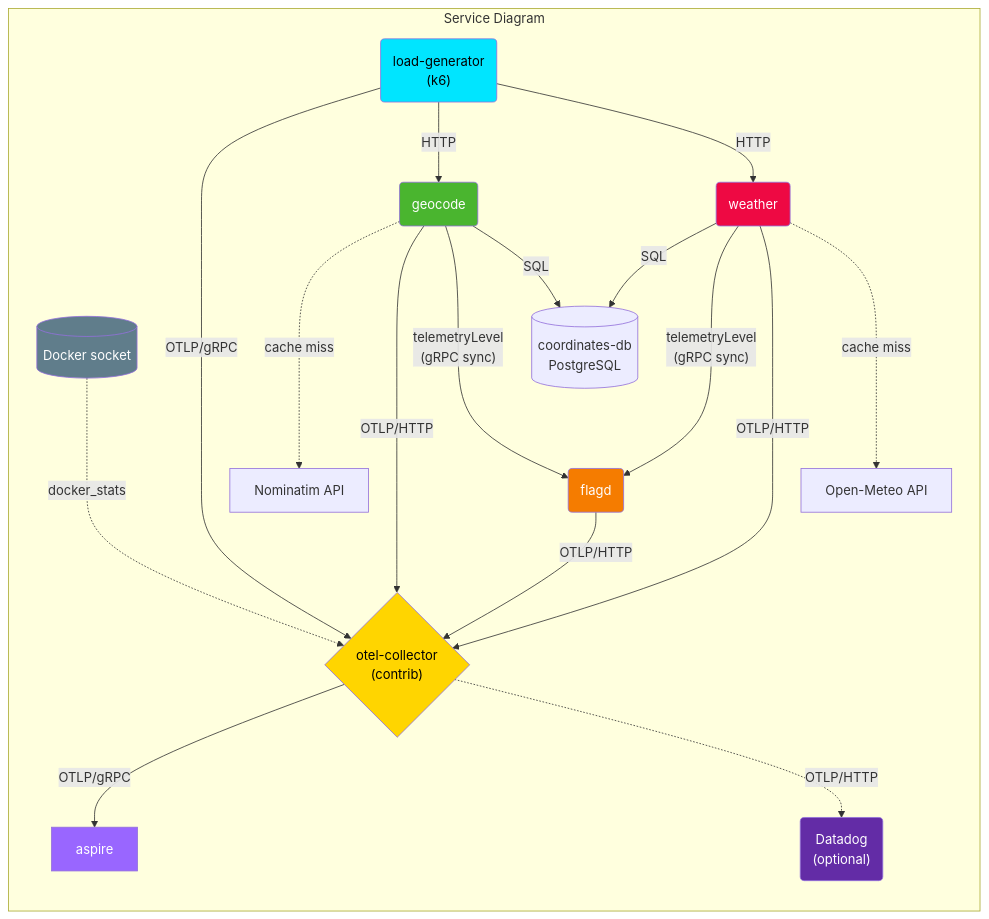
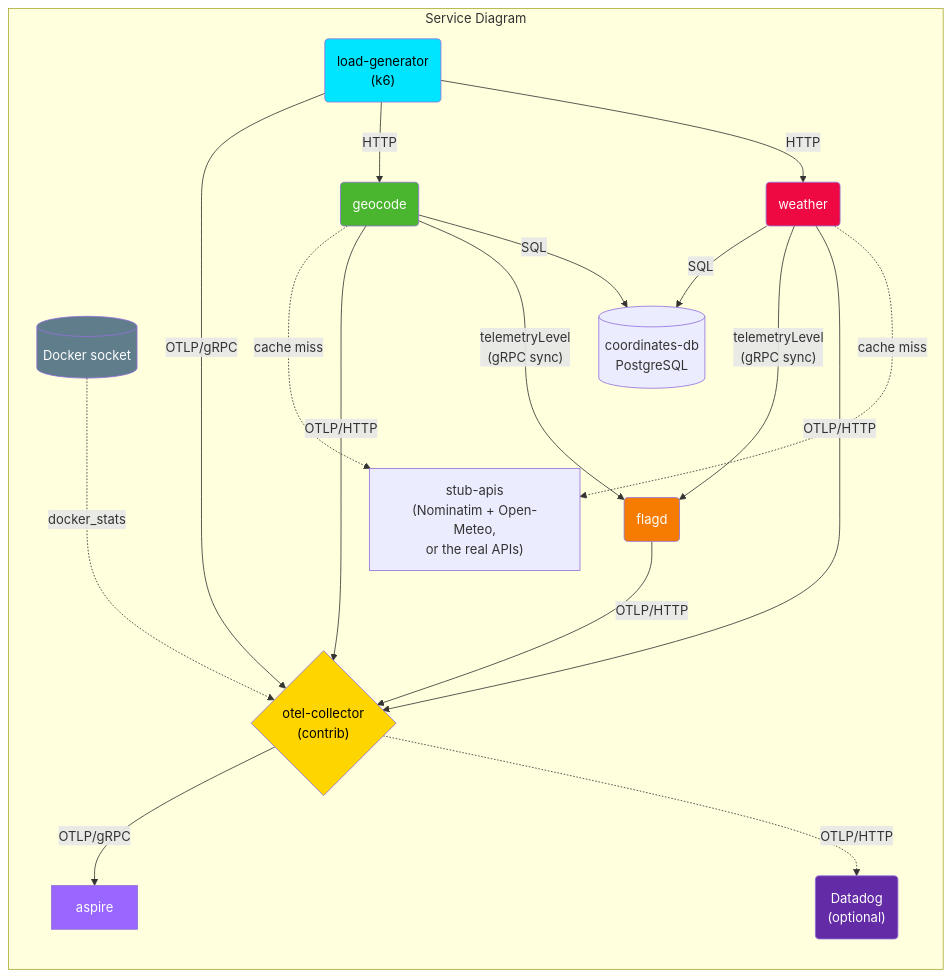
The diagram in README.md (OTelFeature/poc), drawn with Mermaid before and after one commit. The commit also changed other lines of this file and 22 other files, not shown here.

First line of the commit message:
Offline-safe stage mode: stub Nominatim and Open-Meteo

````diff
--- a/README.md
+++ b/README.md
@@ -10,42 +10,42 @@
 ```mermaid
 flowchart LR
     classDef load fill:#00e5ff,color:black;
     classDef geocode fill:#4ab52f,color:white;
     classDef weather fill:#ee0943,color:white;
     classDef otelcol fill:#ffd500,color:black;
     classDef aspire fill:#9966ff,color:white;
     classDef docker fill:#607d8b,color:white;
     classDef flagd fill:#f57c00,color:white;
     classDef datadog fill:#632ca6,color:white;
 
 
     subgraph Service Diagram
         load("load-generator<br/>(k6)"):::load
         geocode(geocode):::geocode
         weather(weather):::weather
         flagd(flagd):::flagd
         otelcol{"otel-collector<br/>(contrib)"}:::otelcol
         docker[("Docker socket")]:::docker
         coordinates[(coordinates-db<br/>PostgreSQL)]
         aspire[aspire]:::aspire
         datadog("Datadog<br/>(optional)"):::datadog
 
         docker -..->|docker_stats| otelcol
         load -->|OTLP/gRPC| otelcol
         load -->|HTTP| geocode
         load -->|HTTP| weather
         
-        geocode -..->|cache miss| nominatim["Nominatim API"]
+        geocode -..->|cache miss| stub["stub-apis<br/>(Nominatim + Open-Meteo,<br/>or the real APIs)"]
         geocode ---->|OTLP/HTTP| otelcol
         geocode --->|"telemetryLevel<br/>(gRPC sync)"| flagd
 
         geocode -->|SQL| coordinates
         weather -->|SQL| coordinates
         weather --->|"telemetryLevel<br/>(gRPC sync)"| flagd
         weather --->|OTLP/HTTP| otelcol
-        weather -..->|cache miss| openmeteo["Open-Meteo API"]
+        weather -..->|cache miss| stub
         flagd -->|OTLP/HTTP| otelcol
         otelcol -->|OTLP/gRPC| aspire
         otelcol -.->|OTLP/HTTP| datadog
     end
 ```
````
